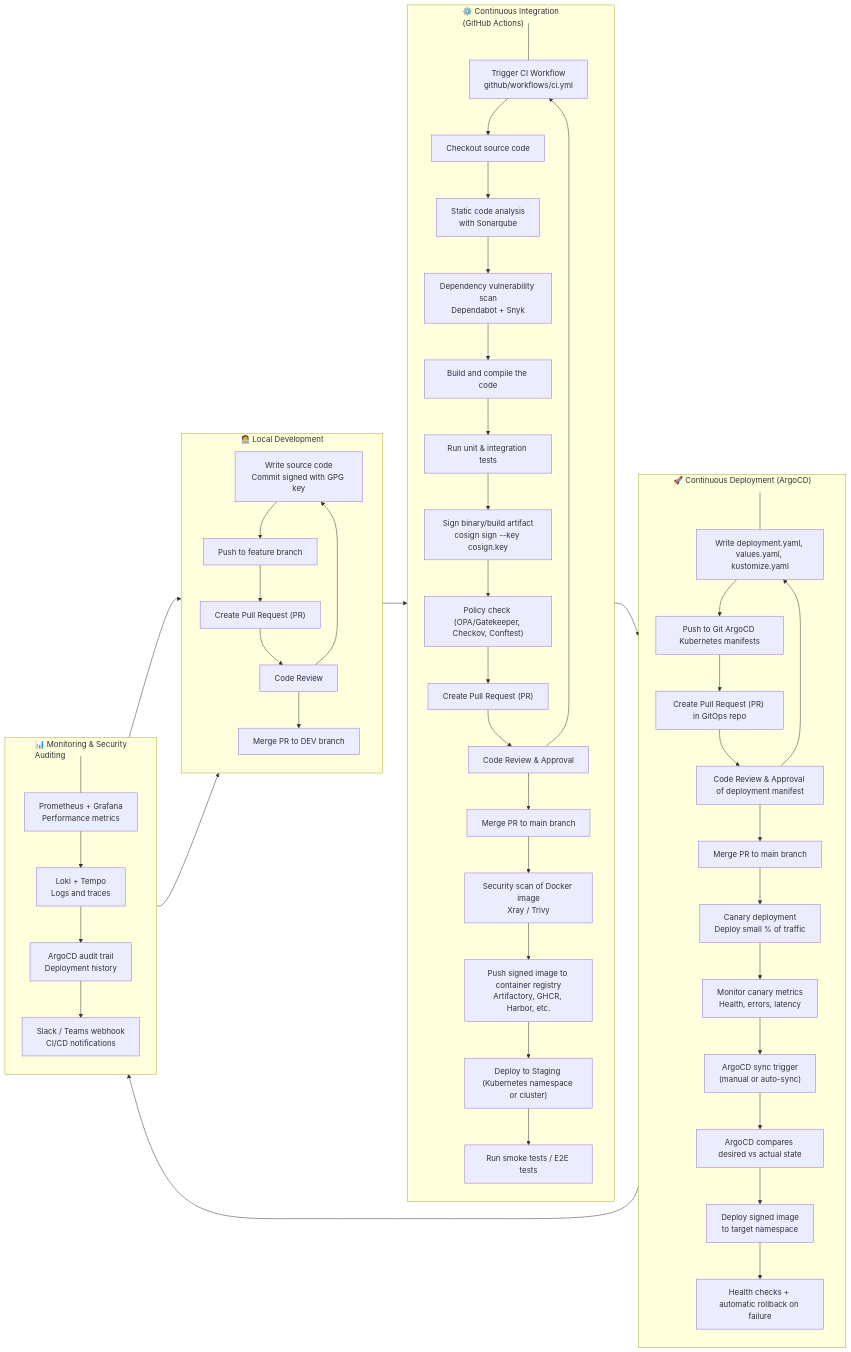
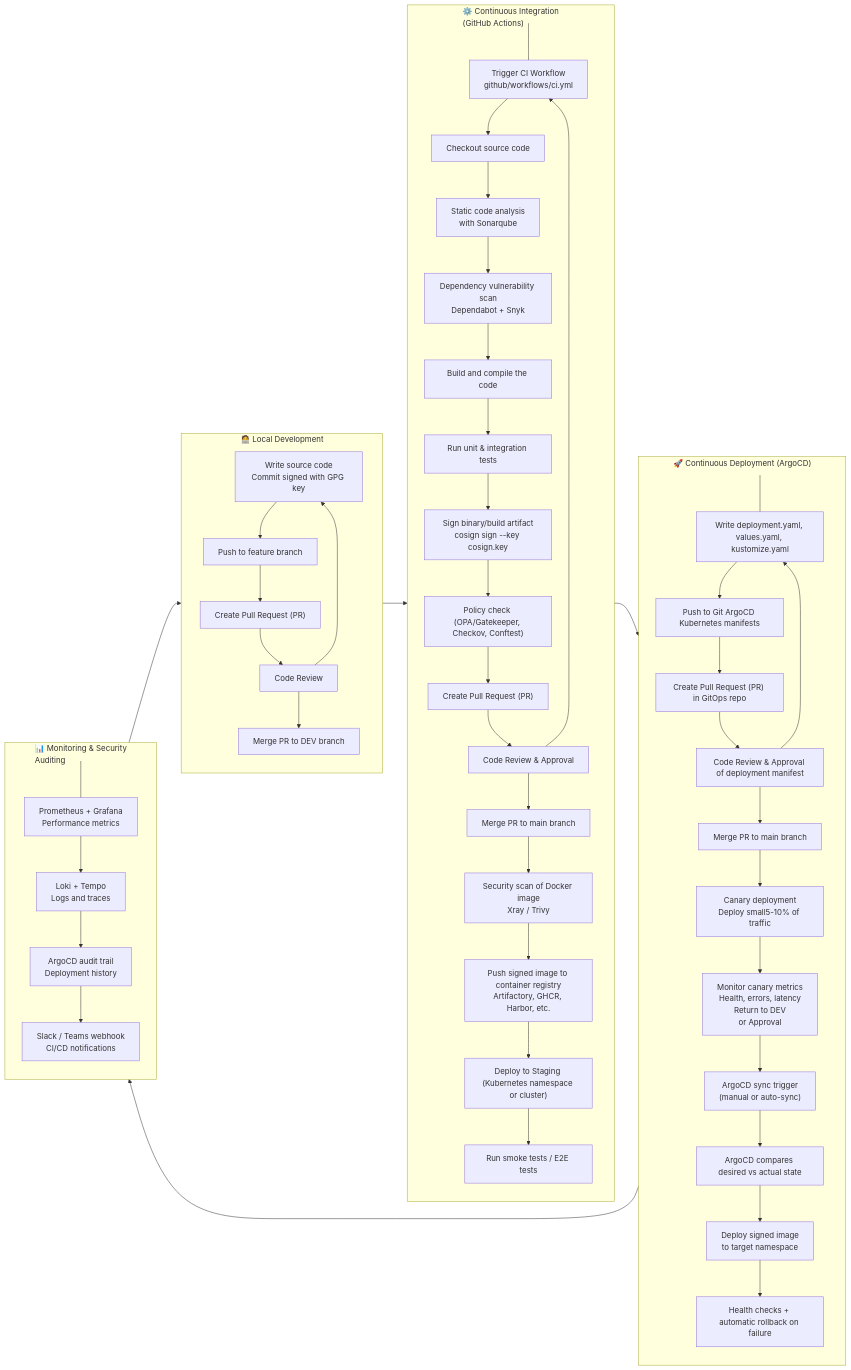
Before and after one commit to clickpaddle/clickceler: the diagram in doc/Workflows/CICD_Pipeline_Process.md, drawn with Mermaid.

Commit message:
Revise canary deployment and monitoring steps
Updated canary deployment percentage and added return options.

````diff
--- a/doc/Workflows/CICD_Pipeline_Process.md
+++ b/doc/Workflows/CICD_Pipeline_Process.md
@@ -1,78 +1,80 @@
 ```mermaid
+
+
 flowchart LR
 classDef ghost-node fill:none, stroke:none, color:none, height:0, padding:0, margin:0;
 
 %% ======================
 %% DEV
 %% ======================
 subgraph DEV["🧑‍💻 Local Development"]
 A1[Write source code<br>Commit signed with GPG key] --> A2[Push to feature branch]
 A2 --> A3["Create Pull Request (PR)"]
 A3 --> A4[Code Review]
 A4 --> A5[Merge PR to DEV branch]
 A4 --> A1
 end
 
 %% ======================
 %% CI
 %% ======================
 subgraph CI["⚙️ Continuous Integration<br>(GitHub Actions)"]
 CI_SPACER[" "] --- B1[Trigger CI Workflow<br>github/workflows/ci.yml]
 class CI_SPACER ghost-node
 B1 --> B2[Checkout source code]
 B2 --> B3["Static code analysis<br>with Sonarqube"]
 B3 --> B4["Dependency vulnerability scan<br>Dependabot + Snyk"]
 B4 --> B5[Build and compile the code]
 B5 --> B6[Run unit & integration tests]
 B6 --> B7[Sign binary/build artifact<br>cosign sign --key cosign.key]
 B7 --> B8["Policy check (OPA/Gatekeeper, Checkov, Conftest)"]
 B8 --> B10["Create Pull Request (PR)"]
 B10 --> B12[Code Review & Approval]
 B12 --> B1
 B12 --> B13[Merge PR to main branch]
 B13 --> B14["Security scan of Docker image<br>Xray / Trivy"]
 B14 --> B15["Push signed image to container registry<br>Artifactory, GHCR, Harbor, etc."]
 B15 --> S1["Deploy to Staging (Kubernetes namespace or cluster)"]
 S1 --> S2["Run smoke tests / E2E tests"]
 end
 
 %% ======================
 %% CD
 %% ======================
 subgraph CD["🚀 Continuous Deployment (ArgoCD)"]
 CD_SPACER[" "] --- C1[Write deployment.yaml, values.yaml, kustomize.yaml]
 class CD_SPACER ghost-node
 C1 --> C3[Push to Git ArgoCD Kubernetes manifests]
 C3 --> C4["Create Pull Request (PR) in GitOps repo"]
 C4 --> C5[Code Review & Approval of deployment manifest]
 C5 --> C1
 C5 --> C6[Merge PR to main branch]
-C6 --> C7["Canary deployment<br>Deploy small % of traffic"]
-C7 --> C8["Monitor canary metrics<br>Health, errors, latency"]
+C6 --> C7["Canary deployment<br>Deploy small5-10% of traffic"]
+C7 --> C8["Monitor canary metrics<br>Health, errors, latency"<br>Return to DEV<br>or Approval]
 C8 --> C9["ArgoCD sync trigger<br>(manual or auto-sync)"]
 C9 --> C10["ArgoCD compares desired vs actual state"]
 C10 --> C11["Deploy signed image<br>to target namespace"]
 C11 --> C12["Health checks + automatic rollback on failure"]
 end
 
 %% ======================
 %% MONITORING & AUDIT
 %% ======================
 subgraph MON["📊 Monitoring & Security<br>Auditing"]
 MON_SPACER[" "] --- D1[Prometheus + Grafana<br>Performance metrics]
 class MON_SPACER ghost-node
 D1 --> D2[Loki + Tempo<br>Logs and traces]
 D2 --> D3[ArgoCD audit trail<br>Deployment history]
 D3 --> D4[Slack / Teams webhook<br>CI/CD notifications]
 end
 
 %% ======================
 %% LINKS BETWEEN PHASES
 %% ======================
 DEV --> CI
 CI --> CD
 CD --> MON
 MON --> DEV
 
-MON --> DEV
+
 ```
````
